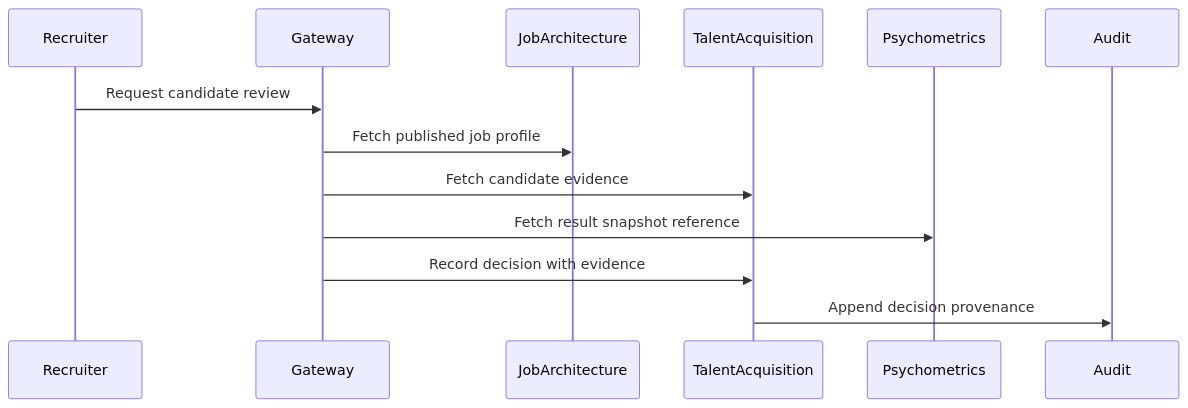
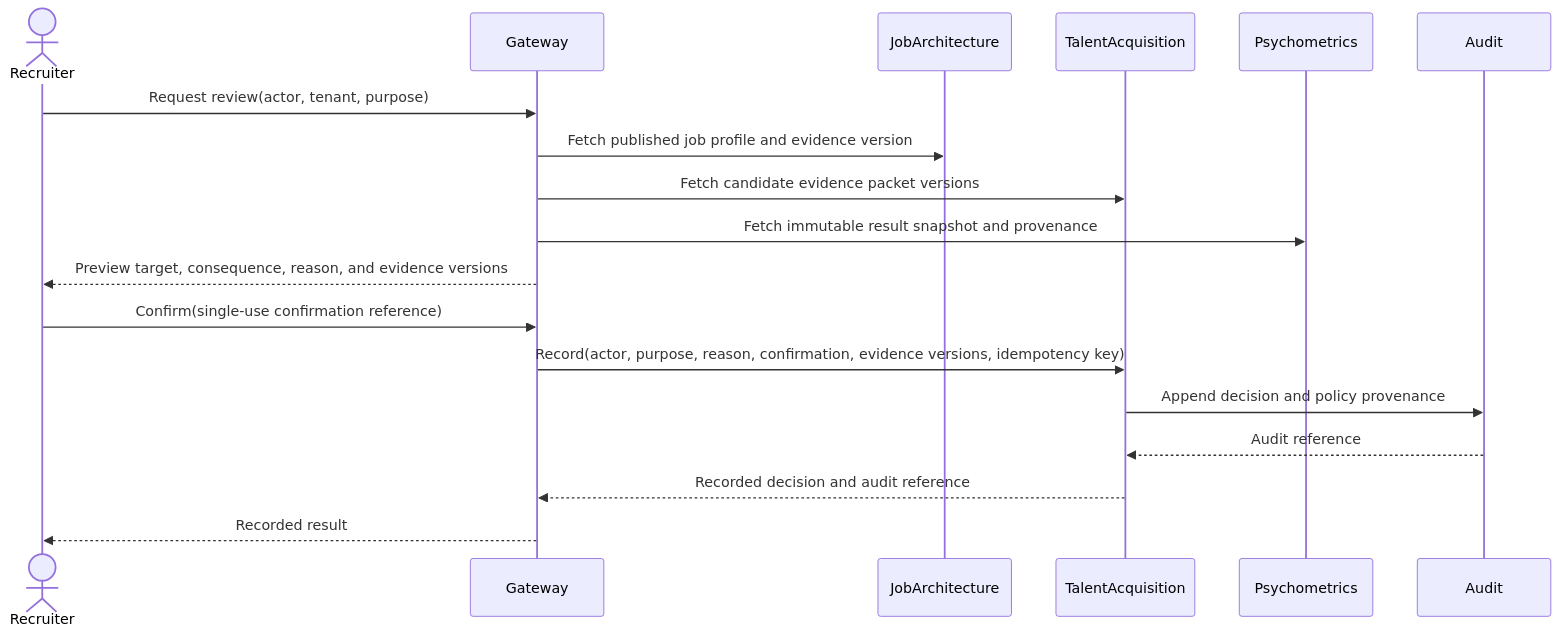
The second of 3 diagrams in docs/UML.md (ContextualWisdomLab/Orgmetra), drawn with Mermaid before and after one commit. The commit also changed other lines of this file, not shown here.

Commit message:
docs(uml): enforce review-confirm-record-audit flow

````diff
--- a/docs/UML.md
+++ b/docs/UML.md
@@ -26,15 +51,21 @@
 ```mermaid
 sequenceDiagram
-    participant Recruiter
+    actor Recruiter
     participant Gateway
     participant JobArchitecture
     participant TalentAcquisition
     participant Psychometrics
     participant Audit
-    Recruiter->>Gateway: Request candidate review
-    Gateway->>JobArchitecture: Fetch published job profile
-    Gateway->>TalentAcquisition: Fetch candidate evidence
-    Gateway->>Psychometrics: Fetch result snapshot reference
-    Gateway->>TalentAcquisition: Record decision with evidence
-    TalentAcquisition->>Audit: Append decision provenance
+
+    Recruiter->>Gateway: Request review(actor, tenant, purpose)
+    Gateway->>JobArchitecture: Fetch published job profile and evidence version
+    Gateway->>TalentAcquisition: Fetch candidate evidence packet versions
+    Gateway->>Psychometrics: Fetch immutable result snapshot and provenance
+    Gateway-->>Recruiter: Preview target, consequence, reason, and evidence versions
+    Recruiter->>Gateway: Confirm(single-use confirmation reference)
+    Gateway->>TalentAcquisition: Record(actor, purpose, reason, confirmation, evidence versions, idempotency key)
+    TalentAcquisition->>Audit: Append decision and policy provenance
+    Audit-->>TalentAcquisition: Audit reference
+    TalentAcquisition-->>Gateway: Recorded decision and audit reference
+    Gateway-->>Recruiter: Recorded result
 ```
````
